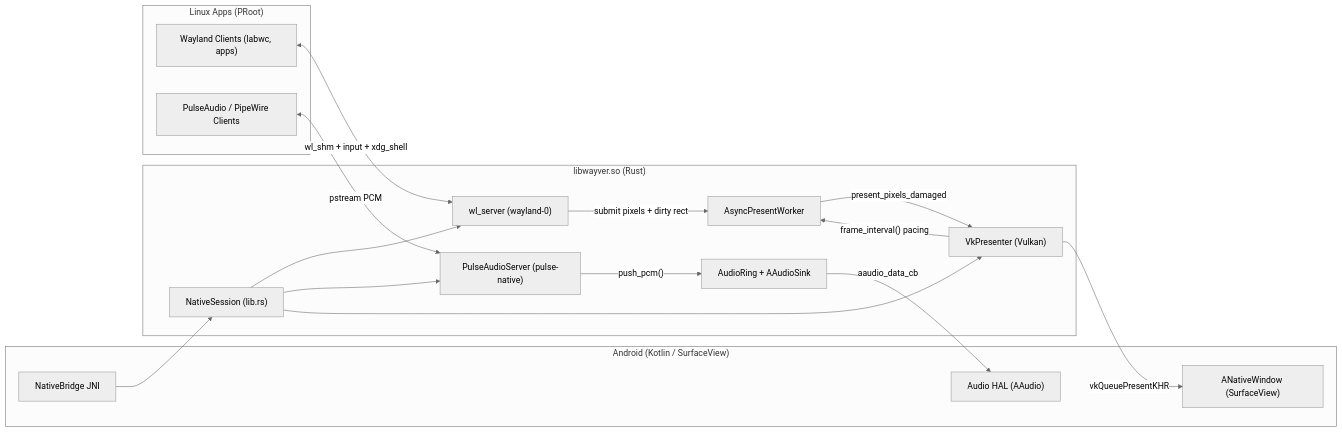
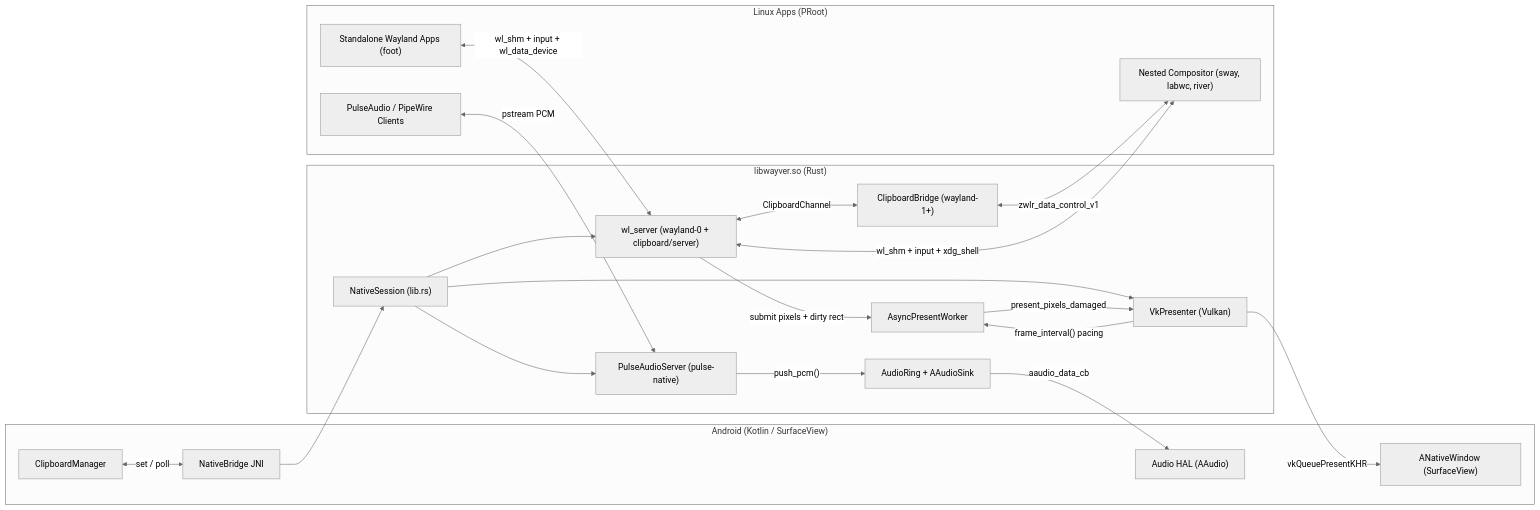
The diagram in app/src/main/rust/README.md (JfrAziz/wayver), drawn with Mermaid (neutral theme) before and after one commit. The commit also changed other lines of this file and 11 other files, not shown here.

Commit message:
feat: add two-way clipboard sync for standalone and nested compositors

````diff
--- a/app/src/main/rust/README.md
+++ b/app/src/main/rust/README.md
@@ -32,35 +36,42 @@
 ```mermaid
 flowchart LR
     subgraph Android["Android (Kotlin / SurfaceView)"]
         NB["NativeBridge JNI"]
+        CLIP["ClipboardManager"]
         SURF["ANativeWindow (SurfaceView)"]
         SPK["Audio HAL (AAudio)"]
     end
 
     subgraph Rust["libwayver.so (Rust)"]
         SESS["NativeSession (lib.rs)"]
-        WL["wl_server (wayland-0)"]
+        WL["wl_server (wayland-0 + clipboard/server)"]
+        CB["ClipboardBridge (wayland-1+)"]
         PW["AsyncPresentWorker"]
         VK["VkPresenter (Vulkan)"]
         PA["PulseAudioServer (pulse-native)"]
         AA["AudioRing + AAudioSink"]
     end
 
     subgraph Linux["Linux Apps (PRoot)"]
-        WLC["Wayland Clients (labwc, apps)"]
+        WLC["Standalone Wayland Apps (foot)"]
+        NEST["Nested Compositor (sway, labwc, river)"]
         PAC["PulseAudio / PipeWire Clients"]
     end
 
+    CLIP <-->|"set / poll"| NB
     NB --> SESS
     SESS --> WL
     SESS --> PA
     SESS --> VK
-    WLC <-->|"wl_shm + input + xdg_shell"| WL
+    WL <-->|"ClipboardChannel"| CB
+    WLC <-->|"wl_shm + input + wl_data_device"| WL
+    NEST <-->|"wl_shm + input + xdg_shell"| WL
+    CB <-->|"zwlr_data_control_v1"| NEST
     WL -->|"submit pixels + dirty rect"| PW
     PW -->|"present_pixels_damaged"| VK
     VK -->|"frame_interval() pacing"| PW
     VK -->|"vkQueuePresentKHR"| SURF
     PAC <-->|"pstream PCM"| PA
     PA -->|"push_pcm()"| AA
     AA -->|"aaudio_data_cb"| SPK
 ```
````
